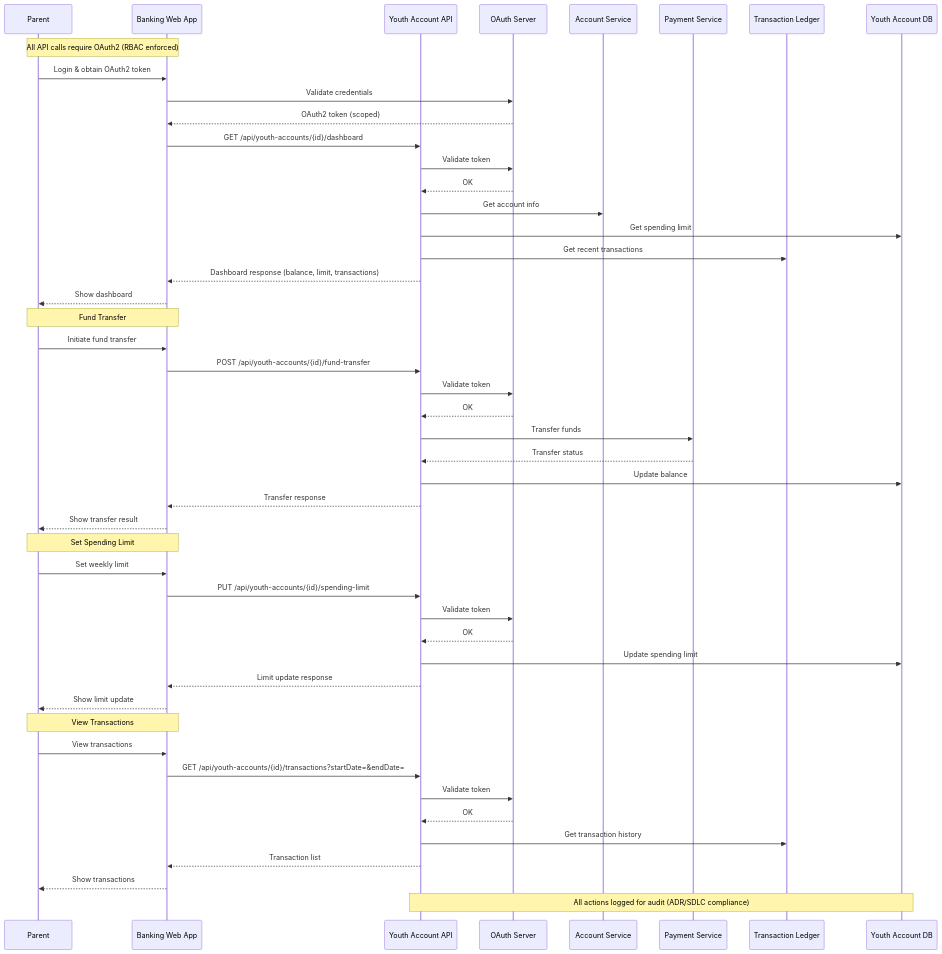
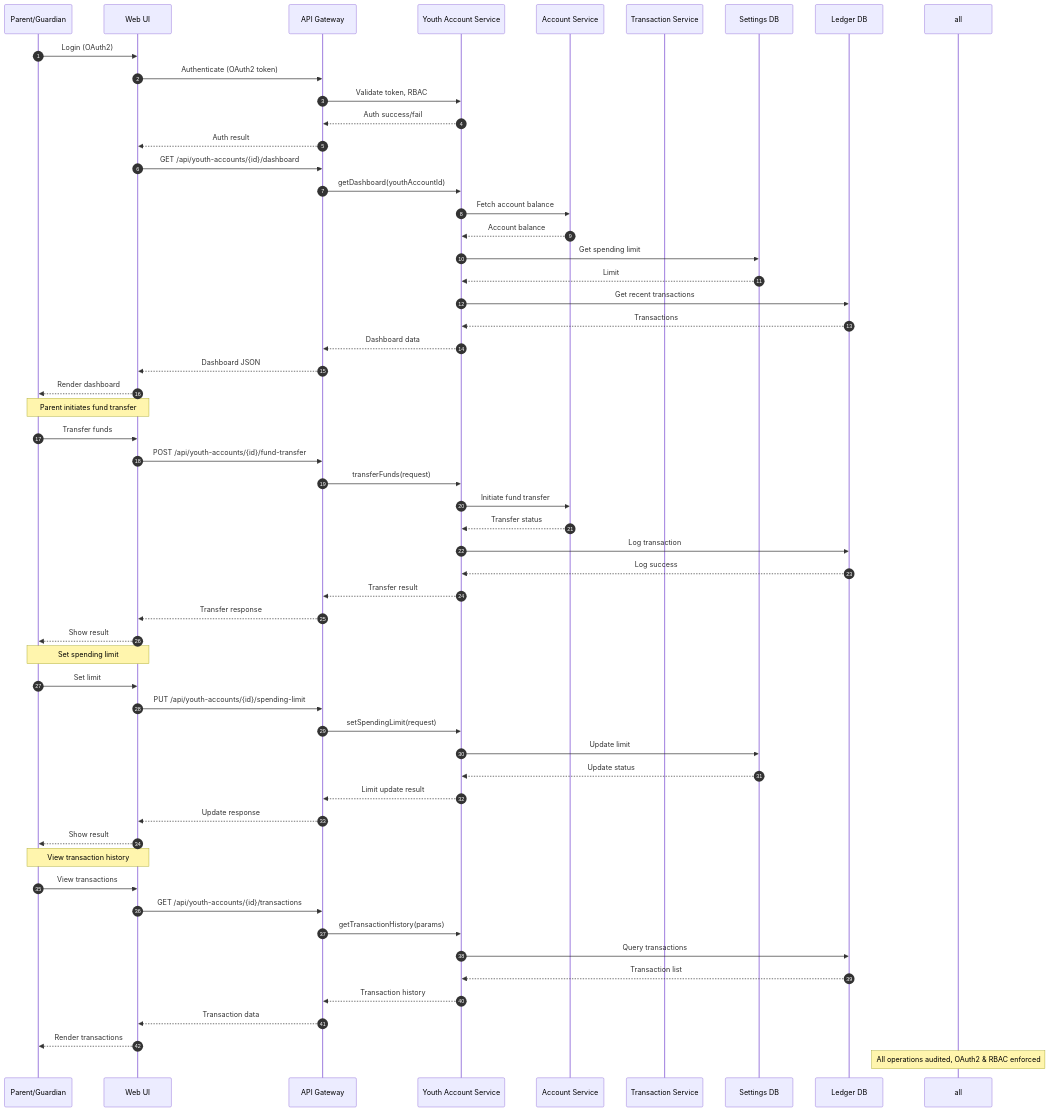
Before and after one commit to Ascend-Krithi/SCIB-Inception: the diagram in Components and Sequence Diagrams/sequence_diagram.mmd, drawn with Mermaid. The commit also changed 1 other file, not shown here.

```diff
--- a/Components and Sequence Diagrams/sequence_diagram.mmd
+++ b/Components and Sequence Diagrams/sequence_diagram.mmd
@@ -1,49 +1,58 @@
-%% Sequence Diagram - Parent-Youth Account Management (Mermaid)
+%% Sequence Diagram: Youth Account Management API
 sequenceDiagram
-    participant Parent as Parent
-    participant WebApp as Banking Web App
-    participant API as Youth Account API
-    participant Auth as OAuth Server
-    participant AccountSvc as Account Service
-    participant PaymentSvc as Payment Service
-    participant TxnSvc as Transaction Ledger
-    participant DB as Youth Account DB
-    Note over Parent,WebApp: All API calls require OAuth2 (RBAC enforced)
-    Parent->>WebApp: Login & obtain OAuth2 token
-    WebApp->>Auth: Validate credentials
-    Auth-->>WebApp: OAuth2 token (scoped)
-    WebApp->>API: GET /api/youth-accounts/{id}/dashboard
-    API->>Auth: Validate token
-    Auth-->>API: OK
-    API->>AccountSvc: Get account info
-    API->>DB: Get spending limit
-    API->>TxnSvc: Get recent transactions
-    API-->>WebApp: Dashboard response (balance, limit, transactions)
-    WebApp-->>Parent: Show dashboard
-    Note over Parent,WebApp: Fund Transfer
-    Parent->>WebApp: Initiate fund transfer
-    WebApp->>API: POST /api/youth-accounts/{id}/fund-transfer
-    API->>Auth: Validate token
-    Auth-->>API: OK
-    API->>PaymentSvc: Transfer funds
-    PaymentSvc-->>API: Transfer status
-    API->>DB: Update balance
-    API-->>WebApp: Transfer response
-    WebApp-->>Parent: Show transfer result
-    Note over Parent,WebApp: Set Spending Limit
-    Parent->>WebApp: Set weekly limit
-    WebApp->>API: PUT /api/youth-accounts/{id}/spending-limit
-    API->>Auth: Validate token
-    Auth-->>API: OK
-    API->>DB: Update spending limit
-    API-->>WebApp: Limit update response
-    WebApp-->>Parent: Show limit update
-    Note over Parent,WebApp: View Transactions
-    Parent->>WebApp: View transactions
-    WebApp->>API: GET /api/youth-accounts/{id}/transactions?startDate=&endDate=
-    API->>Auth: Validate token
-    Auth-->>API: OK
-    API->>TxnSvc: Get transaction history
-    API-->>WebApp: Transaction list
-    WebApp-->>Parent: Show transactions
-    Note over API,DB: All actions logged for audit (ADR/SDLC compliance)
+    participant Parent as Parent/Guardian
+    participant WebUI as Web UI
+    participant APIGW as API Gateway
+    participant YAS as Youth Account Service
+    participant AccSvc as Account Service
+    participant TxnSvc as Transaction Service
+    participant SettingsDB as Settings DB
+    participant LedgerDB as Ledger DB
+
+    autonumber
+    Parent->>WebUI: Login (OAuth2)
+    WebUI->>APIGW: Authenticate (OAuth2 token)
+    APIGW->>YAS: Validate token, RBAC
+    YAS-->>APIGW: Auth success/fail
+    APIGW-->>WebUI: Auth result
+    WebUI->>APIGW: GET /api/youth-accounts/{id}/dashboard
+    APIGW->>YAS: getDashboard(youthAccountId)
+    YAS->>AccSvc: Fetch account balance
+    AccSvc-->>YAS: Account balance
+    YAS->>SettingsDB: Get spending limit
+    SettingsDB-->>YAS: Limit
+    YAS->>LedgerDB: Get recent transactions
+    LedgerDB-->>YAS: Transactions
+    YAS-->>APIGW: Dashboard data
+    APIGW-->>WebUI: Dashboard JSON
+    WebUI-->>Parent: Render dashboard
+    Note over Parent,WebUI: Parent initiates fund transfer
+    Parent->>WebUI: Transfer funds
+    WebUI->>APIGW: POST /api/youth-accounts/{id}/fund-transfer
+    APIGW->>YAS: transferFunds(request)
+    YAS->>AccSvc: Initiate fund transfer
+    AccSvc-->>YAS: Transfer status
+    YAS->>LedgerDB: Log transaction
+    LedgerDB-->>YAS: Log success
+    YAS-->>APIGW: Transfer result
+    APIGW-->>WebUI: Transfer response
+    WebUI-->>Parent: Show result
+    Note over Parent,WebUI: Set spending limit
+    Parent->>WebUI: Set limit
+    WebUI->>APIGW: PUT /api/youth-accounts/{id}/spending-limit
+    APIGW->>YAS: setSpendingLimit(request)
+    YAS->>SettingsDB: Update limit
+    SettingsDB-->>YAS: Update status
+    YAS-->>APIGW: Limit update result
+    APIGW-->>WebUI: Update response
+    WebUI-->>Parent: Show result
+    Note over Parent,WebUI: View transaction history
+    Parent->>WebUI: View transactions
+    WebUI->>APIGW: GET /api/youth-accounts/{id}/transactions
+    APIGW->>YAS: getTransactionHistory(params)
+    YAS->>LedgerDB: Query transactions
+    LedgerDB-->>YAS: Transaction list
+    YAS-->>APIGW: Transaction history
+    APIGW-->>WebUI: Transaction data
+    WebUI-->>Parent: Render transactions
+    Note over all: All operations audited, OAuth2 & RBAC enforced
```
